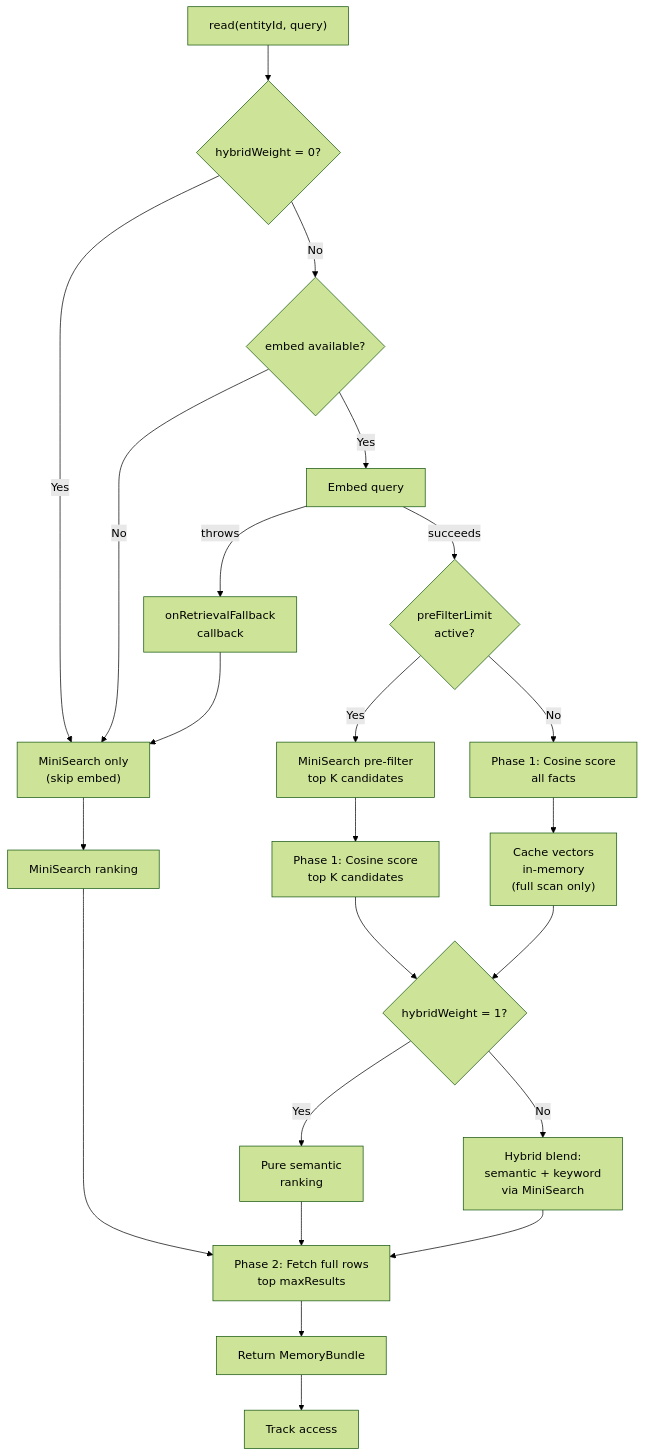
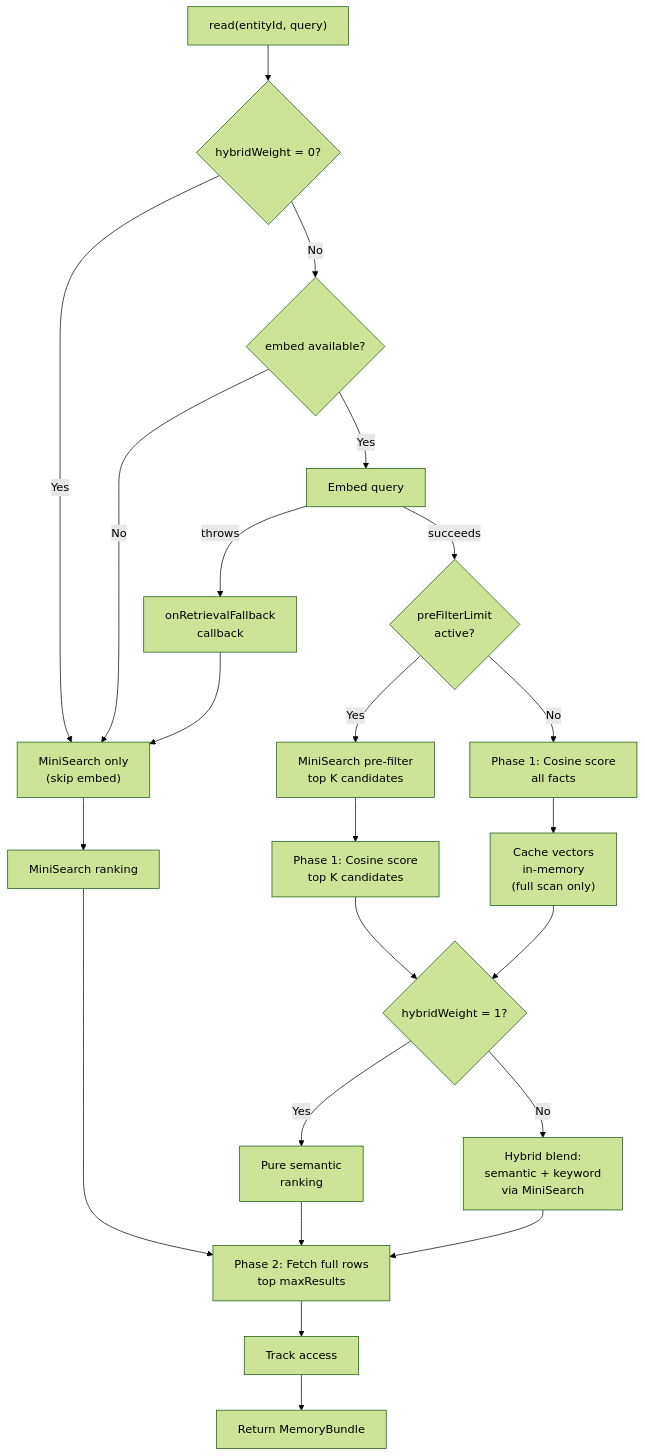
One commit to equationalapplications/expo-llm-wiki changed the diagram in packages/core/README.md. Above: the diagram before and after it, drawn with Mermaid (forest theme).

Commit message:
Potential fix for pull request finding

````diff
--- a/packages/core/README.md
+++ b/packages/core/README.md
@@ -247,25 +247,25 @@
 ```mermaid
 flowchart TD
     A["read(entityId, query)"] --> B{hybridWeight = 0?}
     B -->|Yes| C["MiniSearch only<br/>(skip embed)"]
     B -->|No| D{embed available?}
     D -->|No| C
     D -->|Yes| F["Embed query"]
     F -->|throws| E["onRetrievalFallback<br/>callback"]
     E --> C
     F -->|succeeds| G{preFilterLimit<br/>active?}
     G -->|Yes| H["MiniSearch pre-filter<br/>top K candidates"]
     H --> I["Phase 1: Cosine score<br/>top K candidates"]
     G -->|No| J["Phase 1: Cosine score<br/>all facts"]
     J --> K["Cache vectors<br/>in-memory<br/>(full scan only)"]
     K --> L{hybridWeight = 1?}
     I --> L
     L -->|Yes| M["Pure semantic<br/>ranking"]
     L -->|No| N["Hybrid blend:<br/>semantic + keyword<br/>via MiniSearch"]
     M --> O["Phase 2: Fetch full rows<br/>top maxResults"]
     N --> O
     C --> P["MiniSearch ranking"]
     P --> O
-    O --> Q["Return MemoryBundle"]
-    Q --> R["Track access"]
+    O --> R["Track access"]
+    R --> Q["Return MemoryBundle"]
 ```
````
